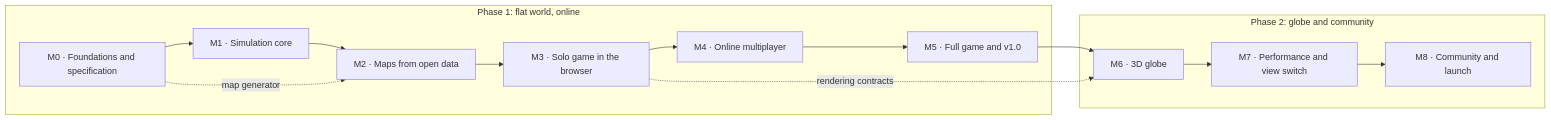
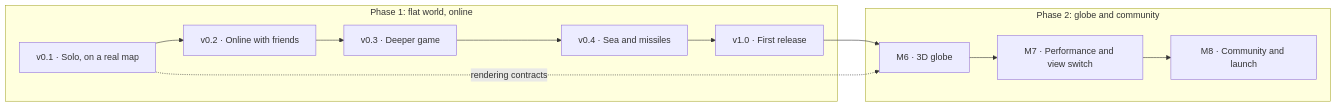
Before and after one commit to MohammadBnei/frontfall: the diagram in docs/roadmap.md, drawn with Mermaid. The commit also changed other lines of this file and 3 other files, not shown here.

First line of the commit message:
docs(roadmap): ship phase 1 as playable versions v0.1 to v1.0

````diff
--- a/docs/roadmap.md
+++ b/docs/roadmap.md
@@ -21,26 +22,17 @@
 ```mermaid
 flowchart LR
   subgraph P1["Phase 1: flat world, online"]
-    M0["M0 · Foundations and specification"]
-    M1["M1 · Simulation core"]
-    M2["M2 · Maps from open data"]
-    M3["M3 · Solo game in the browser"]
-    M4["M4 · Online multiplayer"]
-    M5["M5 · Full game and v1.0"]
+    V01["v0.1 · Solo, on a real map"]
+    V02["v0.2 · Online with friends"]
+    V03["v0.3 · Deeper game"]
+    V04["v0.4 · Sea and missiles"]
+    V10["v1.0 · First release"]
   end
   subgraph P2["Phase 2: globe and community"]
     M6["M6 · 3D globe"]
     M7["M7 · Performance and view switch"]
     M8["M8 · Community and launch"]
   end
-  M0 --> M1
-  M1 --> M2
-  M2 --> M3
-  M3 --> M4
-  M4 --> M5
-  M5 --> M6
-  M6 --> M7
-  M7 --> M8
-  M0 -. "map generator" .-> M2
-  M3 -. "rendering contracts" .-> M6
+  V01 --> V02 --> V03 --> V04 --> V10 --> M6 --> M7 --> M8
+  V01 -. "rendering contracts" .-> M6
 ```
````
